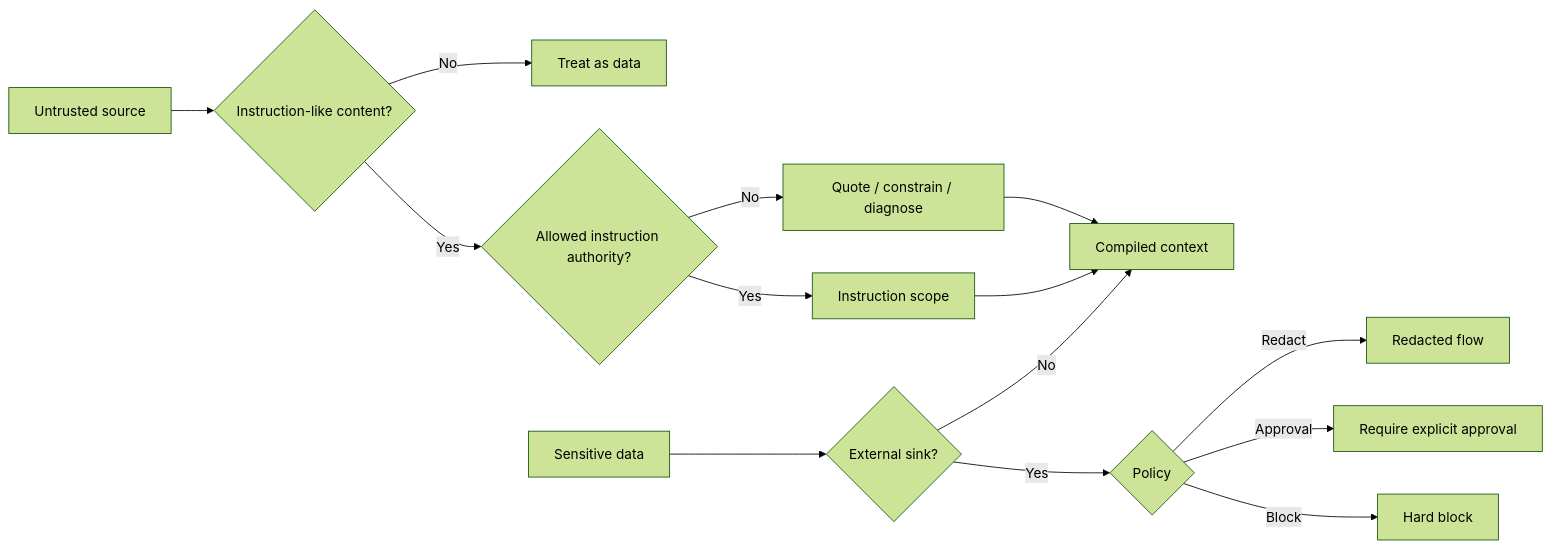
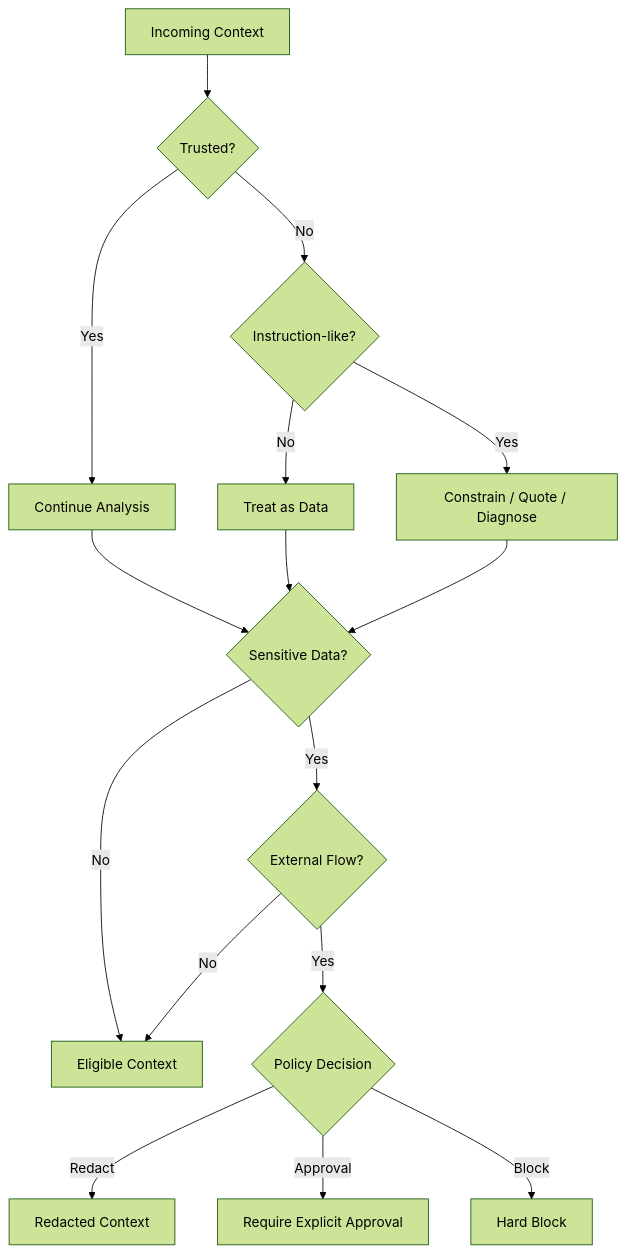
Before and after one commit to Gopal-Singh-Subramani-Singh/context-compiler: the third of 7 diagrams in README.md, drawn with Mermaid (forest theme). The commit also changed other lines of this file, not shown here.

````diff
--- a/README.md
+++ b/README.md
@@ -267,18 +227,22 @@
 ```mermaid
-flowchart LR
-    A[Untrusted source] --> B{Instruction-like content?}
-    B -- No --> C[Treat as data]
-    B -- Yes --> D{Allowed instruction authority?}
-    D -- No --> E[Quote / constrain / diagnose]
-    D -- Yes --> F[Instruction scope]
+flowchart TD
+    A[Incoming Context] --> B{Trusted?}
+    B -- No --> C{Instruction-like?}
+    C -- Yes --> D[Constrain / Quote / Diagnose]
+    C -- No --> E[Treat as Data]
+    B -- Yes --> F[Continue Analysis]
 
-    E --> G[Compiled context]
-    F --> G
+    F --> G{Sensitive Data?}
+    E --> G
+    D --> G
 
-    H[Sensitive data] --> I{External sink?}
-    I -- No --> G
-    I -- Yes --> J{Policy}
-    J -- Redact --> K[Redacted flow]
-    J -- Approval --> L[Require explicit approval]
-    J -- Block --> M[Hard block]
+    G -- No --> H[Eligible Context]
+    G -- Yes --> I{External Flow?}
+
+    I -- No --> H
+    I -- Yes --> J{Policy Decision}
+
+    J -- Redact --> K[Redacted Context]
+    J -- Approval --> L[Require Explicit Approval]
+    J -- Block --> M[Hard Block]
 ```
````
